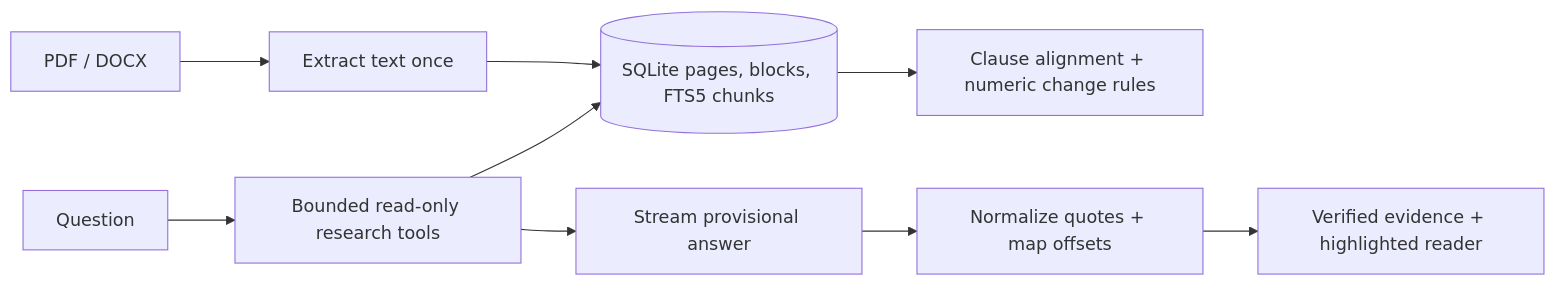
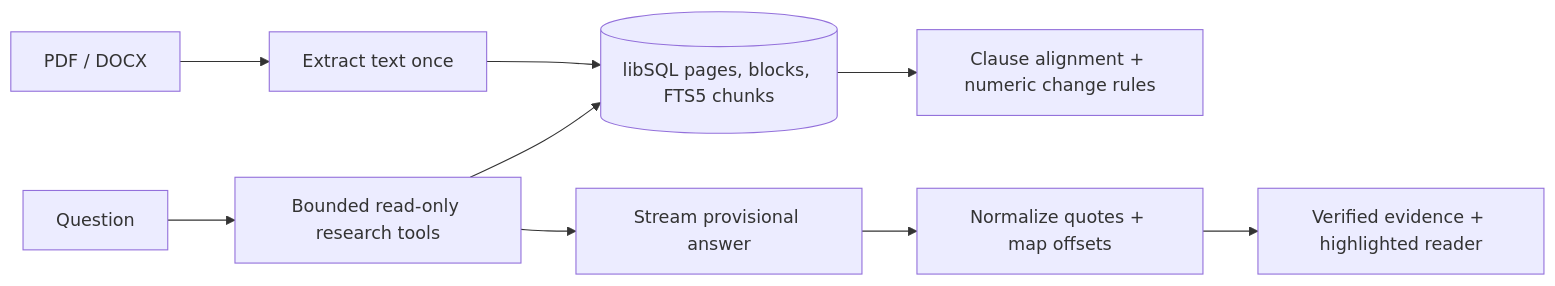
One commit to 9059Rohith/margin-contract-research changed the diagram in README.md. Above: the diagram before and after it, drawn with Mermaid. The commit also changed other lines of this file and 42 other files, not shown here.

````diff
--- a/README.md
+++ b/README.md
@@ -41,11 +41,11 @@
 ```mermaid
 flowchart LR
   File[PDF / DOCX] --> Extract[Extract text once]
-  Extract --> SQLite[(SQLite pages, blocks, FTS5 chunks)]
+  Extract --> SQLite[(libSQL pages, blocks, FTS5 chunks)]
   Question --> Agent[Bounded read-only research tools]
   Agent --> SQLite
   Agent --> Draft[Stream provisional answer]
   Draft --> Verify[Normalize quotes + map offsets]
   Verify --> Reader[Verified evidence + highlighted reader]
   SQLite --> Compare[Clause alignment + numeric change rules]
 ```
````
